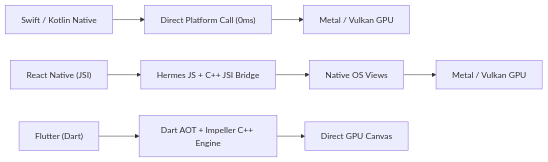
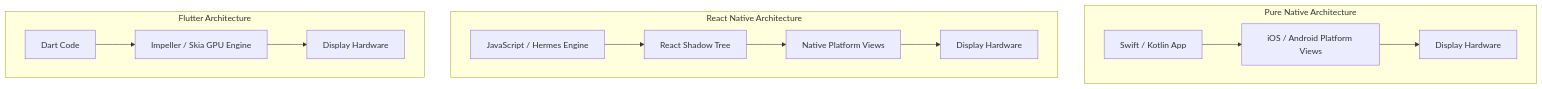
Before and after one commit to AndreaPallotta/subroutine: the diagram in src/content/articles/native-vs-hybrid-mobile-frameworks.mdx, drawn with Mermaid. The commit also changed other lines of this file, not shown here.

Commit message:
fix: close missing bracket in Mermaid diagram and match Dijkstra code block syntax formatting

````diff
--- a/src/content/articles/native-vs-hybrid-mobile-frameworks.mdx
+++ b/src/content/articles/native-vs-hybrid-mobile-frameworks.mdx
@@ -42,6 +42,18 @@
 ```mermaid
-graph LR
-    Native["Swift / Kotlin Native"] --> Direct["Direct Platform Call (0ms)"] --> GPU1["Metal / Vulkan GPU"]
-    RN["React Native (JSI)"] --> JSI["Hermes JS + C++ JSI Bridge"] --> NativeUI["Native OS Views"] --> GPU2["Metal / Vulkan GPU"]
-    Flutter["Flutter (Dart)"] --> Engine["Dart AOT + Impeller C++ Engine"] --> GPU3["Direct GPU Canvas"]
+graph TD
+    subgraph Pure Native Architecture
+    SW["Swift / Kotlin App"] --> OS1["iOS / Android Platform Views"]
+    OS1 --> SCREEN1["Display Hardware"]
+    end
+
+    subgraph React Native Architecture
+    JS["JavaScript / Hermes Engine"] --> SHADOW["React Shadow Tree"]
+    SHADOW --> OS2["Native Platform Views"]
+    OS2 --> SCREEN2["Display Hardware"]
+    end
+
+    subgraph Flutter Architecture
+    DART["Dart Code"] --> IMP["Impeller / Skia GPU Engine"]
+    IMP --> SCREEN3["Display Hardware"]
+    end
 ```
````
